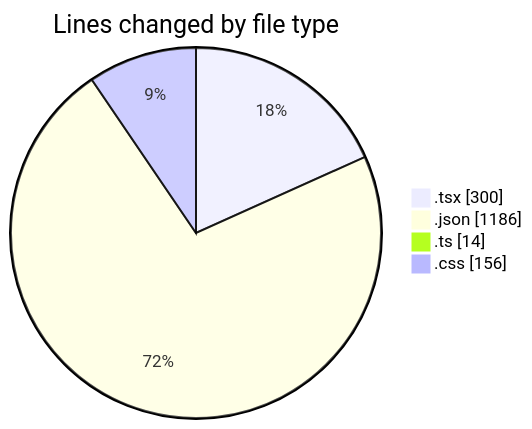
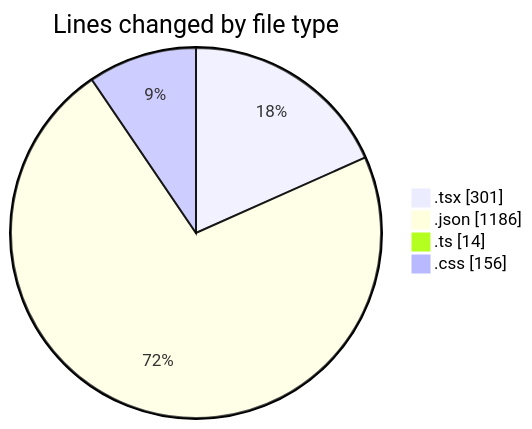
One commit to EIIisD/code-tracking changed the first of 2 diagrams in 2025-08-04/tw-server/README.md. Above: the diagram before and after it, drawn with Mermaid. The commit also changed other lines of this file and 1 other file, not shown here.

````diff
--- a/2025-08-04/tw-server/README.md
+++ b/2025-08-04/tw-server/README.md
@@ -25,8 +25,8 @@
 ```mermaid
 pie showData
 title Lines changed by file type
-".tsx" : 300
+".tsx" : 301
 ".json" : 1186
 ".ts" : 14
 ".css" : 156
 ```
````
